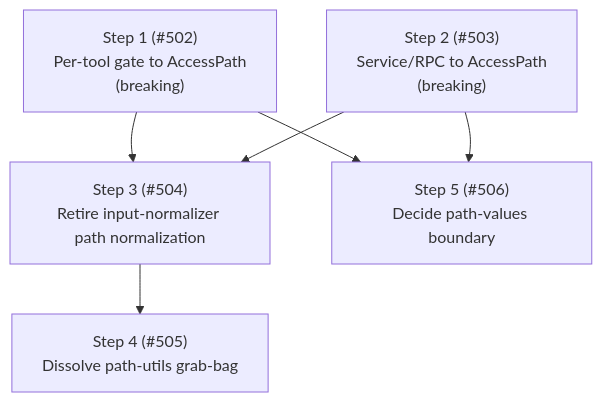
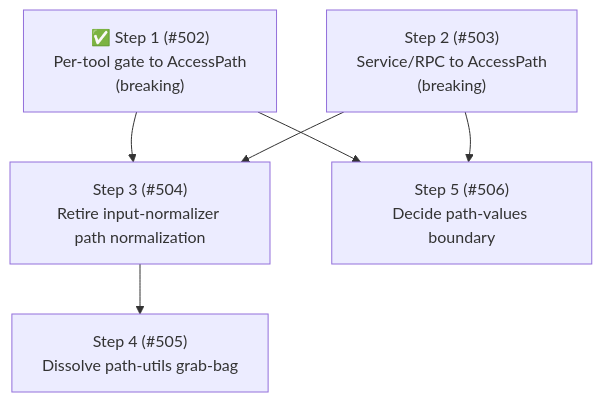
Before and after one commit to whaoa/forked-gotgenes-pi-packages: the fourth of 4 diagrams in packages/pi-permission-system/docs/architecture/architecture.md, drawn with Mermaid. The commit also changed other lines of this file and 4 other files, not shown here.

First line of the commit message:
docs(pi-permission-system): document canonical per-tool path matching

````diff
--- a/packages/pi-permission-system/docs/architecture/architecture.md
+++ b/packages/pi-permission-system/docs/architecture/architecture.md
@@ -831,14 +831,14 @@
 ```mermaid
 flowchart TD
-    S1["Step 1 (#502)<br/>Per-tool gate to AccessPath<br/>(breaking)"]
+    S1["✅ Step 1 (#502)<br/>Per-tool gate to AccessPath<br/>(breaking)"]
     S2["Step 2 (#503)<br/>Service/RPC to AccessPath<br/>(breaking)"]
     S3["Step 3 (#504)<br/>Retire input-normalizer path normalization"]
     S4["Step 4 (#505)<br/>Dissolve path-utils grab-bag"]
     S5["Step 5 (#506)<br/>Decide path-values boundary"]
 
     S1 --> S3
     S2 --> S3
     S3 --> S4
     S1 --> S5
     S2 --> S5
 ```
````
